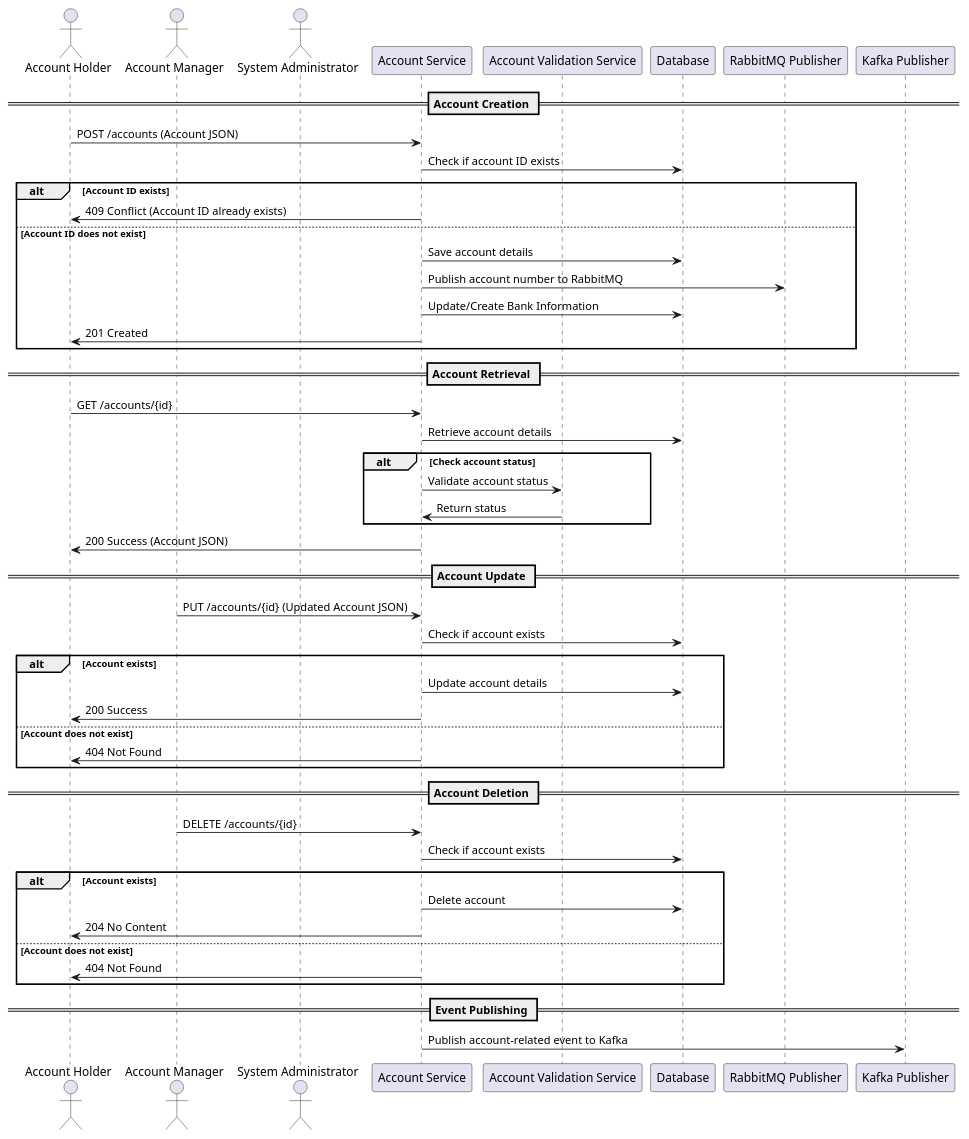
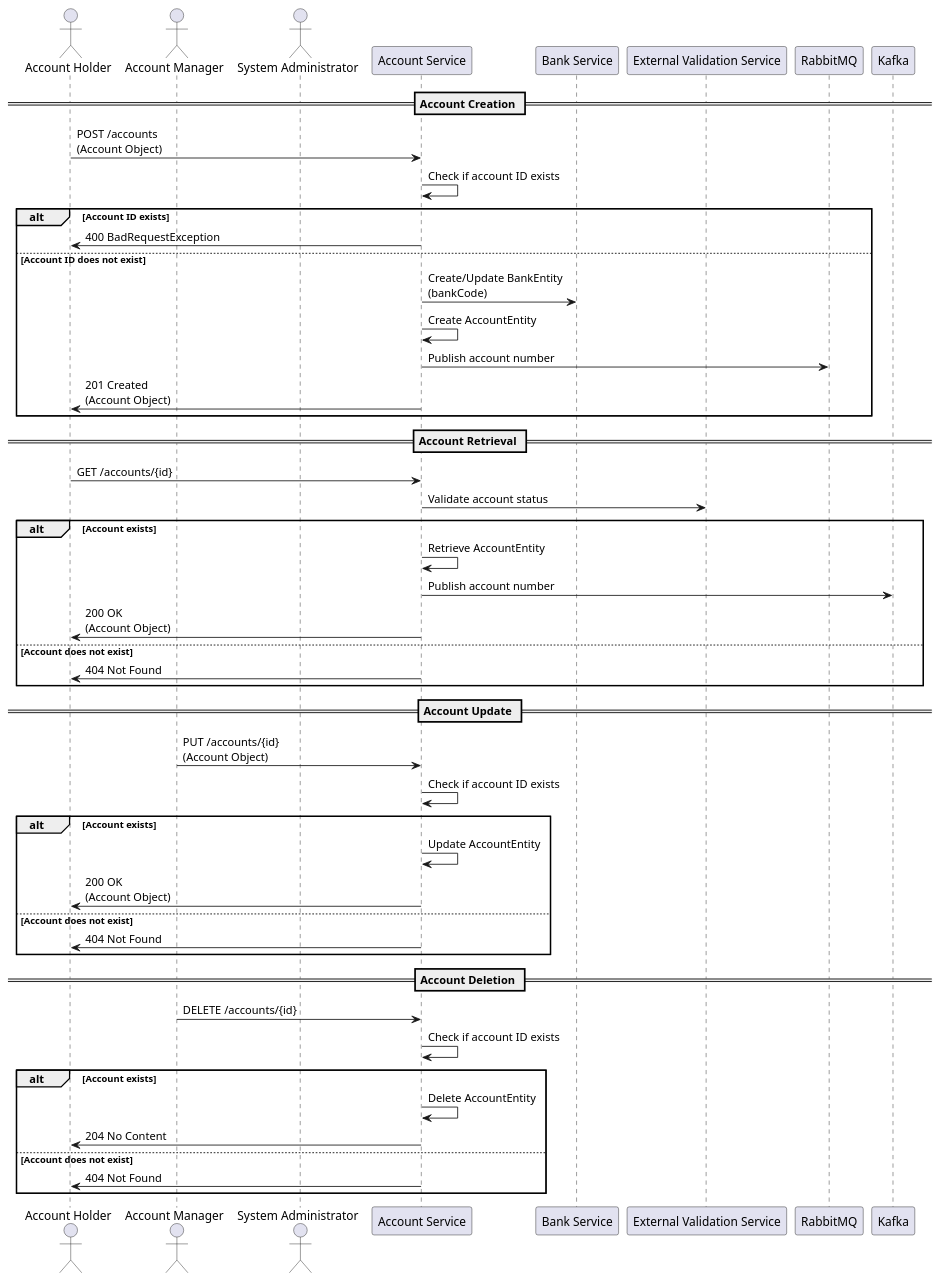
The diagram in design_document/Account_service_demo.md (Bhaskar-Pavan/AccountService), drawn with PlantUML before and after one commit. The commit also changed other lines of this file, not shown here.

````diff
--- a/design_document/Account_service_demo.md
+++ b/design_document/Account_service_demo.md
@@ -37,56 +40,56 @@
 ```plantuml
 @startuml
 actor "Account Holder" as AH
 actor "Account Manager" as AM
 actor "System Administrator" as SA
 participant "Account Service" as AS
-participant "Account Validation Service" as AVS
-participant "Database" as DB
-participant "RabbitMQ Publisher" as RMP
-participant "Kafka Publisher" as KP
+participant "Bank Service" as BS
+participant "External Validation Service" as EVS
+participant "RabbitMQ" as RMQ
+participant "Kafka" as KAFKA
 
 == Account Creation ==
-AH -> AS : POST /accounts (Account JSON)
-AS -> DB : Check if account ID exists
+AH -> AS : POST /accounts\n(Account Object)
+AS -> AS : Check if account ID exists
 alt Account ID exists
-    AS -> AH : 409 Conflict (Account ID already exists)
+    AS -> AH : 400 BadRequestException
 else Account ID does not exist
-    AS -> DB : Save account details
-    AS -> RMP : Publish account number to RabbitMQ
-    AS -> DB : Update/Create Bank Information
-    AS -> AH : 201 Created
+    AS -> BS : Create/Update BankEntity\n(bankCode)
+    AS -> AS : Create AccountEntity
+    AS -> RMQ : Publish account number
+    AS -> AH : 201 Created\n(Account Object)
 end
 
 == Account Retrieval ==
 AH -> AS : GET /accounts/{id}
-AS -> DB : Retrieve account details
-alt Check account status
-    AS -> AVS : Validate account status
-    AVS -> AS : Return status
+AS -> EVS : Validate account status
+alt Account exists
+    AS -> AS : Retrieve AccountEntity
+    AS -> KAFKA : Publish account number
+    AS -> AH : 200 OK\n(Account Object)
+else Account does not exist
+    AS -> AH : 404 Not Found
 end
-AS -> AH : 200 Success (Account JSON)
 
 == Account Update ==
-AM -> AS : PUT /accounts/{id} (Updated Account JSON)
-AS -> DB : Check if account exists
+AM -> AS : PUT /accounts/{id}\n(Account Object)
+AS -> AS : Check if account ID exists
 alt Account exists
-    AS -> DB : Update account details
-    AS -> AH : 200 Success
+    AS -> AS : Update AccountEntity
+    AS -> AH : 200 OK\n(Account Object)
 else Account does not exist
     AS -> AH : 404 Not Found
 end
 
 == Account Deletion ==
 AM -> AS : DELETE /accounts/{id}
-AS -> DB : Check if account exists
+AS -> AS : Check if account ID exists
 alt Account exists
-    AS -> DB : Delete account
+    AS -> AS : Delete AccountEntity
     AS -> AH : 204 No Content
 else Account does not exist
     AS -> AH : 404 Not Found
 end
 
-== Event Publishing ==
-AS -> KP : Publish account-related event to Kafka
 @enduml
 ```
````
